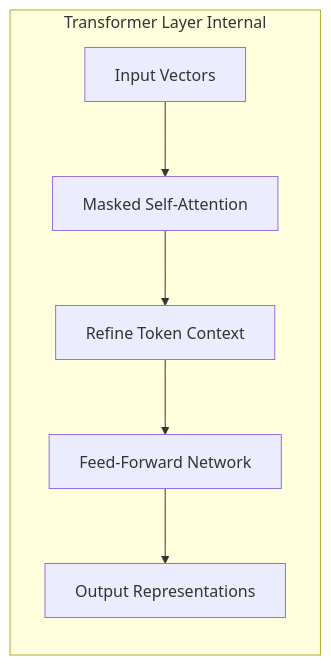
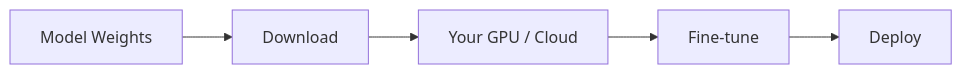
Before and after one commit to rohanhrk/data-engineering-notes-2026: diagram 20 of 31 in Module_07-AI Fundamentals For DE/Class 1 - AI Fundamentals/AI_Fundamentals_For_Data_Engineering.md, drawn with Mermaid. The commit also changed other lines of this file and 3 other files, not shown here.

````diff
--- a/Module_07-AI Fundamentals For DE/Class 1 - AI Fundamentals/AI_Fundamentals_For_Data_Engineering.md
+++ b/Module_07-AI Fundamentals For DE/Class 1 - AI Fundamentals/AI_Fundamentals_For_Data_Engineering.md
@@ -518,9 +768,7 @@
-```mermaid
+``` mermaid
 flowchart LR
-    subgraph Transformer Layer Internal
-        A[Input Vectors] --> B[Masked Self-Attention]
-        B --> C[Refine Token Context]
-        C --> D[Feed-Forward Network]
-        D --> E[Output Representations]
-    end
+    A[Model Weights] --> B[Download]
+    B --> C[Your GPU / Cloud]
+    C --> D[Fine-tune]
+    D --> E[Deploy]
 ```
````
